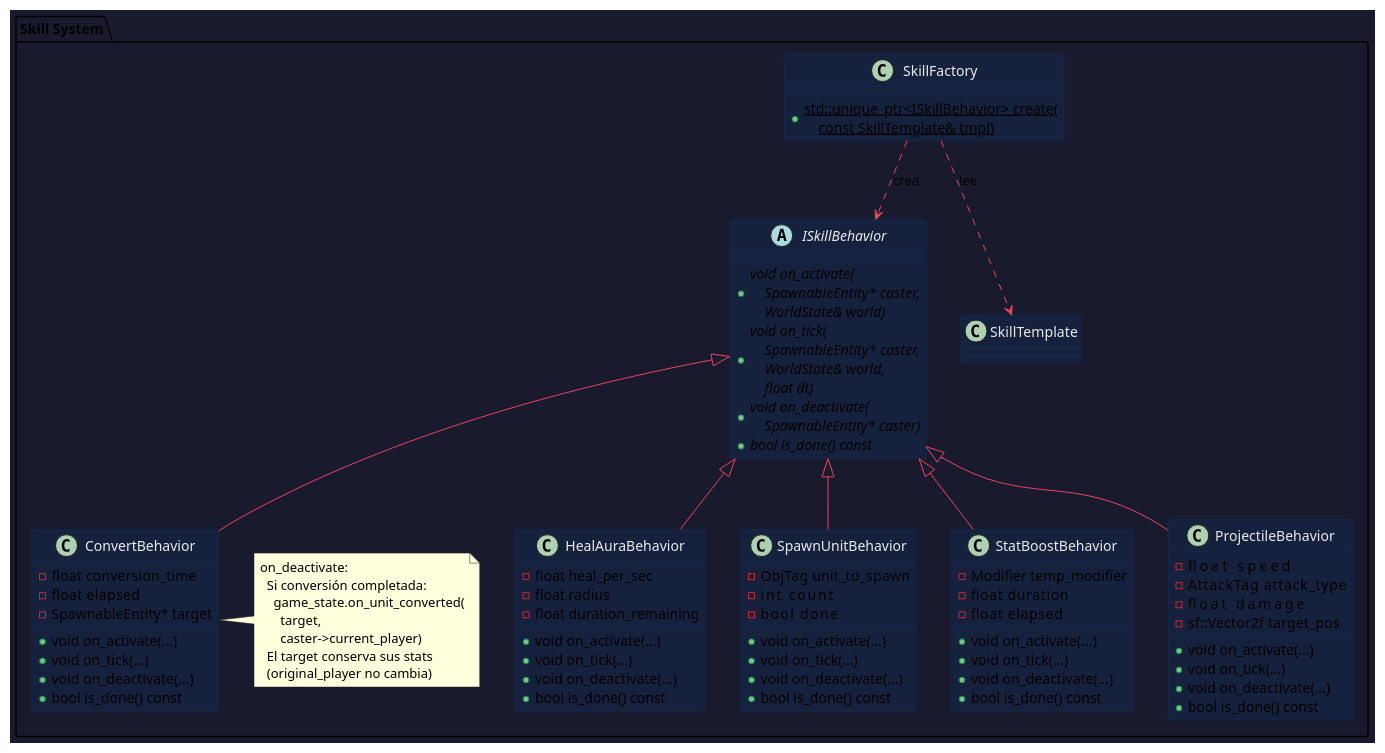
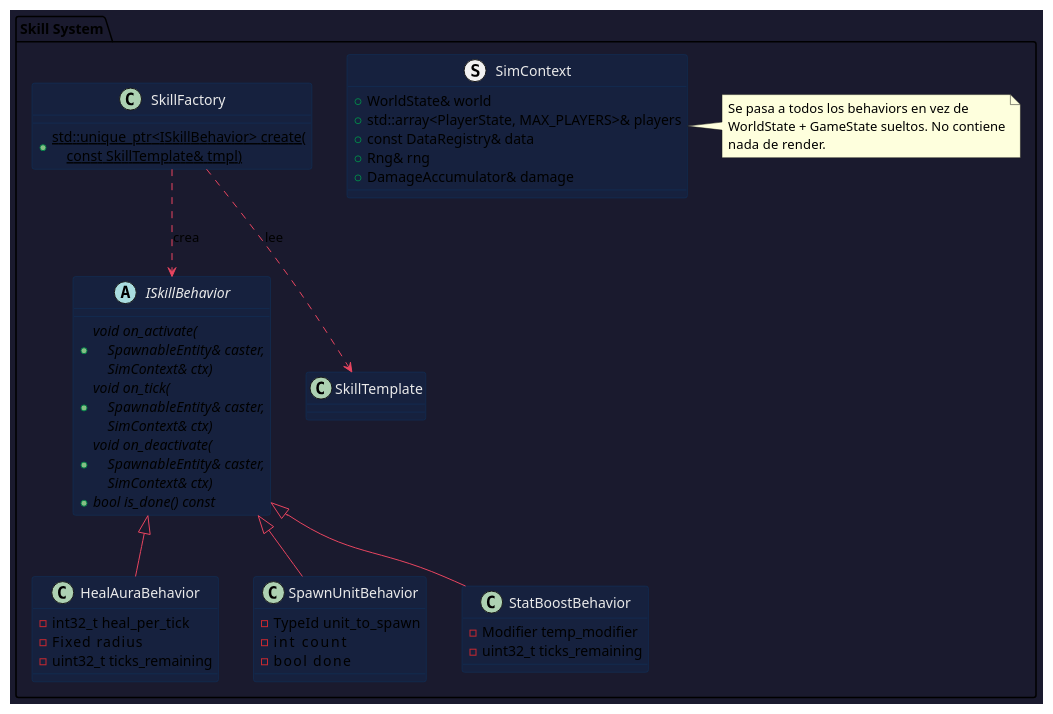
Before and after one commit to imanih-code/aoe-clone: the eighth of 9 diagrams in architecture.md, drawn with PlantUML. The commit also changed other lines of this file and 3 other files, not shown here.

First line of the commit message:
docs: revise design for a C++20/SFML 3 build and add roadmap

```diff
--- a/architecture.md
+++ b/architecture.md
@@ -838,85 +990,53 @@
 
 package "Skill System" {
 
+  struct SimContext {
+    + WorldState& world
+    + std::array<PlayerState, MAX_PLAYERS>& players
+    + const DataRegistry& data
+    + Rng& rng
+    + DamageAccumulator& damage
+  }
+
+  note right of SimContext
+    Se pasa a todos los behaviors en vez de
+    WorldState + GameState sueltos. No contiene
+    nada de render.
+  end note
+
   abstract class ISkillBehavior {
-    + {abstract} void on_activate(\n    SpawnableEntity* caster,\n    WorldState& world)
-    + {abstract} void on_tick(\n    SpawnableEntity* caster,\n    WorldState& world,\n    float dt)
-    + {abstract} void on_deactivate(\n    SpawnableEntity* caster)
+    + {abstract} void on_activate(\n    SpawnableEntity& caster,\n    SimContext& ctx)
+    + {abstract} void on_tick(\n    SpawnableEntity& caster,\n    SimContext& ctx)
+    + {abstract} void on_deactivate(\n    SpawnableEntity& caster,\n    SimContext& ctx)
     + {abstract} bool is_done() const
   }
 
   class HealAuraBehavior {
-    - float heal_per_sec
-    - float radius
-    - float duration_remaining
-    + void on_activate(...)
-    + void on_tick(...)
-    + void on_deactivate(...)
-    + bool is_done() const
+    - int32_t  heal_per_tick
+    - Fixed    radius
+    - uint32_t ticks_remaining
   }
 
   class SpawnUnitBehavior {
-    - ObjTag  unit_to_spawn
+    - TypeId  unit_to_spawn
     - int     count
     - bool    done
-    + void on_activate(...)
-    + void on_tick(...)
-    + void on_deactivate(...)
-    + bool is_done() const
   }
 
   class StatBoostBehavior {
     ' Aplica un Modifier temporal a la instancia
     - Modifier temp_modifier
-    - float   duration
-    - float   elapsed
-    + void on_activate(...)
-    + void on_tick(...)
-    + void on_deactivate(...)
-    + bool is_done() const
-  }
-
-  class ConvertBehavior {
-    ' El monje convierte usando original_player del target
-    - float  conversion_time
-    - float  elapsed
-    - SpawnableEntity* target
-    + void on_activate(...)
-    + void on_tick(...)
-    + void on_deactivate(...)
-    + bool is_done() const
-  }
-
-  note right of ConvertBehavior
-    on_deactivate:
-      Si conversión completada:
-        game_state.on_unit_converted(
-          target,
-          caster->current_player)
-      El target conserva sus stats
-      (original_player no cambia)
-  end note
-
-  class ProjectileBehavior {
-    - float         speed
-    - AttackTag     attack_type
-    - float         damage
-    - sf::Vector2f  target_pos
-    + void on_activate(...)
-    + void on_tick(...)
-    + void on_deactivate(...)
-    + bool is_done() const
+    - uint32_t ticks_remaining
   }
 
   class SkillFactory {
     + {static} std::unique_ptr<ISkillBehavior> create(\n    const SkillTemplate& tmpl)
+    ' busca tmpl.behavior en un registro nombre → constructor
   }
 
   ISkillBehavior <|-- HealAuraBehavior
   ISkillBehavior <|-- SpawnUnitBehavior
   ISkillBehavior <|-- StatBoostBehavior
-  ISkillBehavior <|-- ConvertBehavior
-  ISkillBehavior <|-- ProjectileBehavior
   SkillFactory ..> ISkillBehavior : crea
   SkillFactory ..> SkillTemplate  : lee
 }
```
